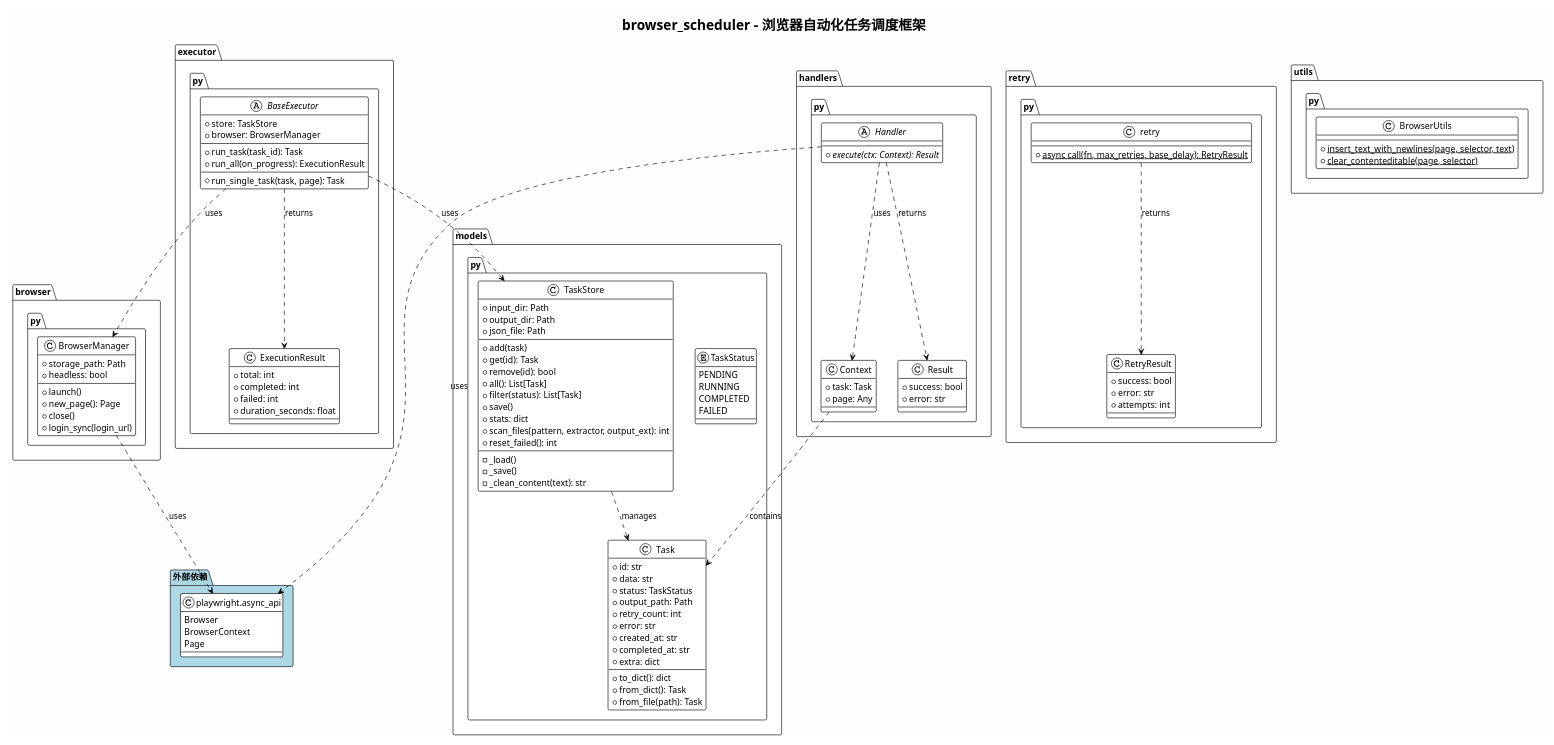
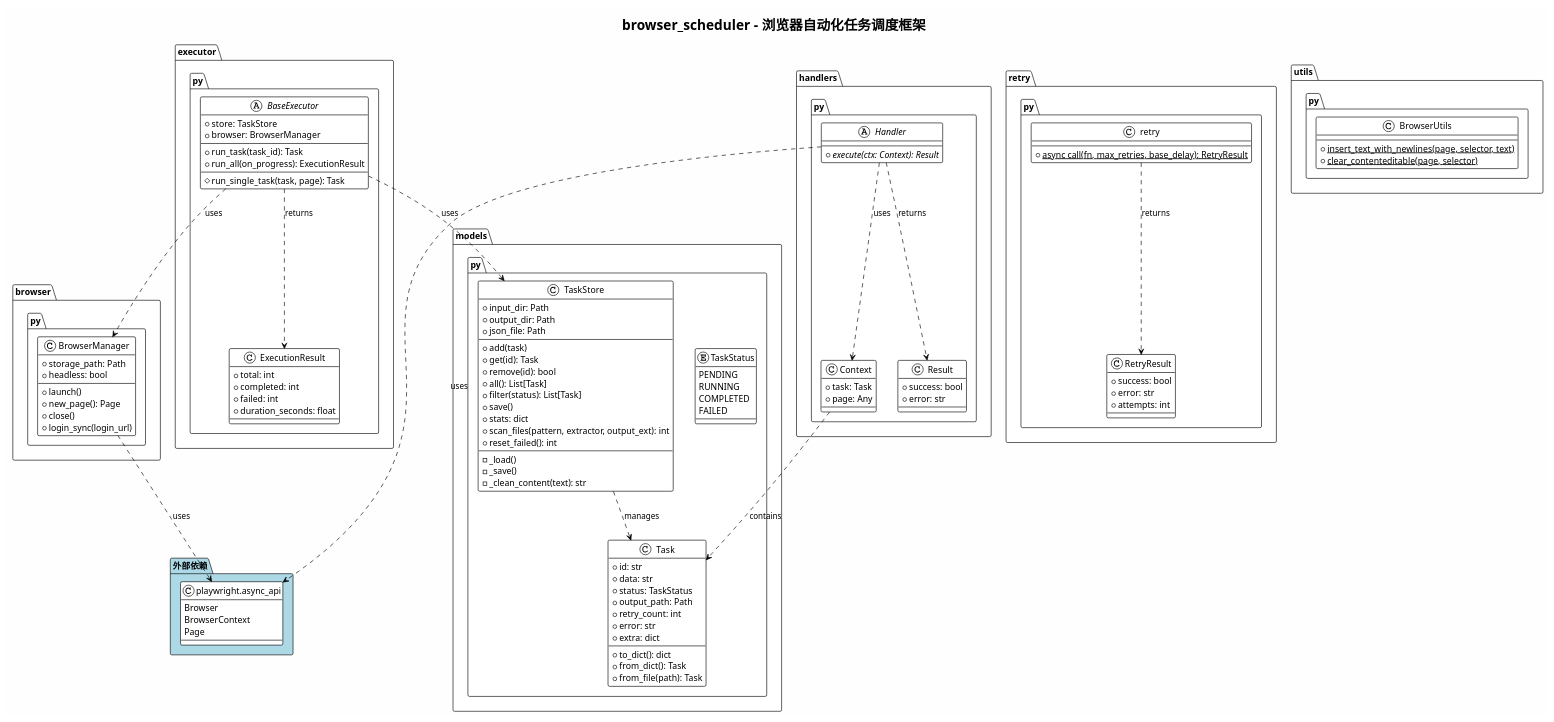
Before and after one commit to dreasky/gemini-img: the diagram in scripts/browser_scheduler/doc/architecture.puml, drawn with PlantUML. The commit also changed 1 other file, not shown here.

Commit message:
feat: created_at\updated_at\completed_at三个时间戳字段已移除，from_dict 增加了向前兼容处理——旧 JSON 里带 created_at/updated_at/completed_at 不会报错，自动忽略。

```diff
--- a/scripts/browser_scheduler/doc/architecture.puml
+++ b/scripts/browser_scheduler/doc/architecture.puml
@@ -1,151 +1,149 @@
 @startuml browser_scheduler_architecture
 !theme plain
 skinparam backgroundColor #FEFEFE
 skinparam componentStyle rectangle
 skinparam packageStyle folder
 
 ' 标题
 title browser_scheduler - 浏览器自动化任务调度框架
 
 ' 核心模型层（models.py）
 package "models.py" {
     class Task {
         +id: str
         +data: str
         +status: TaskStatus
         +output_path: Path
         +retry_count: int
         +error: str
-        +created_at: str
-        +completed_at: str
         +extra: dict
         --
         +to_dict(): dict
         +from_dict(): Task
         +from_file(path): Task
     }
 
     enum TaskStatus {
         PENDING
         RUNNING
         COMPLETED
         FAILED
     }
 
     class TaskStore {
         +input_dir: Path
         +output_dir: Path
         +json_file: Path
         --
         +add(task)
         +get(id): Task
         +remove(id): bool
         +all(): List[Task]
         +filter(status): List[Task]
         +save()
         +stats: dict
         +scan_files(pattern, extractor, output_ext): int
         +reset_failed(): int
         --
         -_load()
         -_save()
         -_clean_content(text): str
     }
 
     TaskStore ..> Task : manages
 }
 
 ' 执行上下文（handlers.py）
 package "handlers.py" {
     class Context {
         +task: Task
         +page: Any
     }
 
     class Result {
         +success: bool
         +error: str
     }
 
     abstract class Handler {
         +{abstract} execute(ctx: Context): Result
     }
 
     Context ..> Task : contains
     Handler ..> Context : uses
     Handler ..> Result : returns
 }
 
 ' 浏览器管理（browser.py）
 package "browser.py" {
     class BrowserManager {
         +storage_path: Path
         +headless: bool
         --
         +launch()
         +new_page(): Page
         +close()
         +login_sync(login_url)
     }
 }
 
 ' 执行器（executor.py）
 package "executor.py" {
     class ExecutionResult {
         +total: int
         +completed: int
         +failed: int
         +duration_seconds: float
     }
 
     abstract class BaseExecutor {
         +store: TaskStore
         +browser: BrowserManager
         --
         +run_task(task_id): Task
         +run_all(on_progress): ExecutionResult
         --
         #run_single_task(task, page): Task
     }
 
     BaseExecutor ..> TaskStore : uses
     BaseExecutor ..> BrowserManager : uses
     BaseExecutor ..> ExecutionResult : returns
 }
 
 ' 重试机制（retry.py）
 package "retry.py" {
     class retry {
         +{static} async call(fn, max_retries, base_delay): RetryResult
     }
 
     class RetryResult {
         +success: bool
         +error: str
         +attempts: int
     }
 
     retry ..> RetryResult : returns
 }
 
 ' 工具函数（utils.py）
 package "utils.py" {
     class BrowserUtils {
         +{static} insert_text_with_newlines(page, selector, text)
         +{static} clear_contenteditable(page, selector)
     }
 }
 
 ' 外部依赖
 package "外部依赖" #LightBlue {
     class "playwright.async_api" as Playwright {
         Browser
         BrowserContext
         Page
     }
 }
 
 BrowserManager ..> Playwright : uses
 Handler ..> Playwright : uses
 
 @enduml
```
